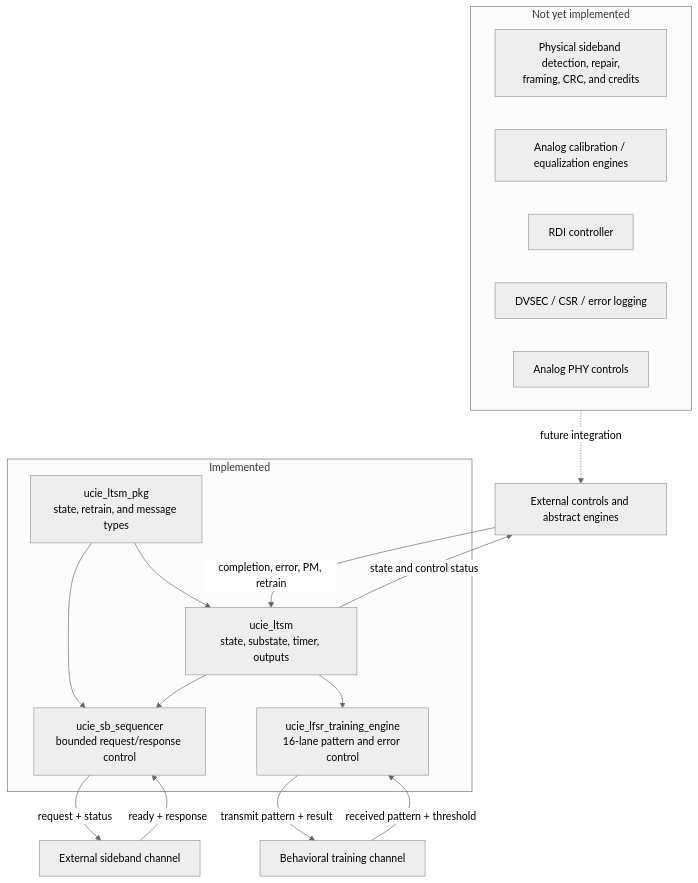
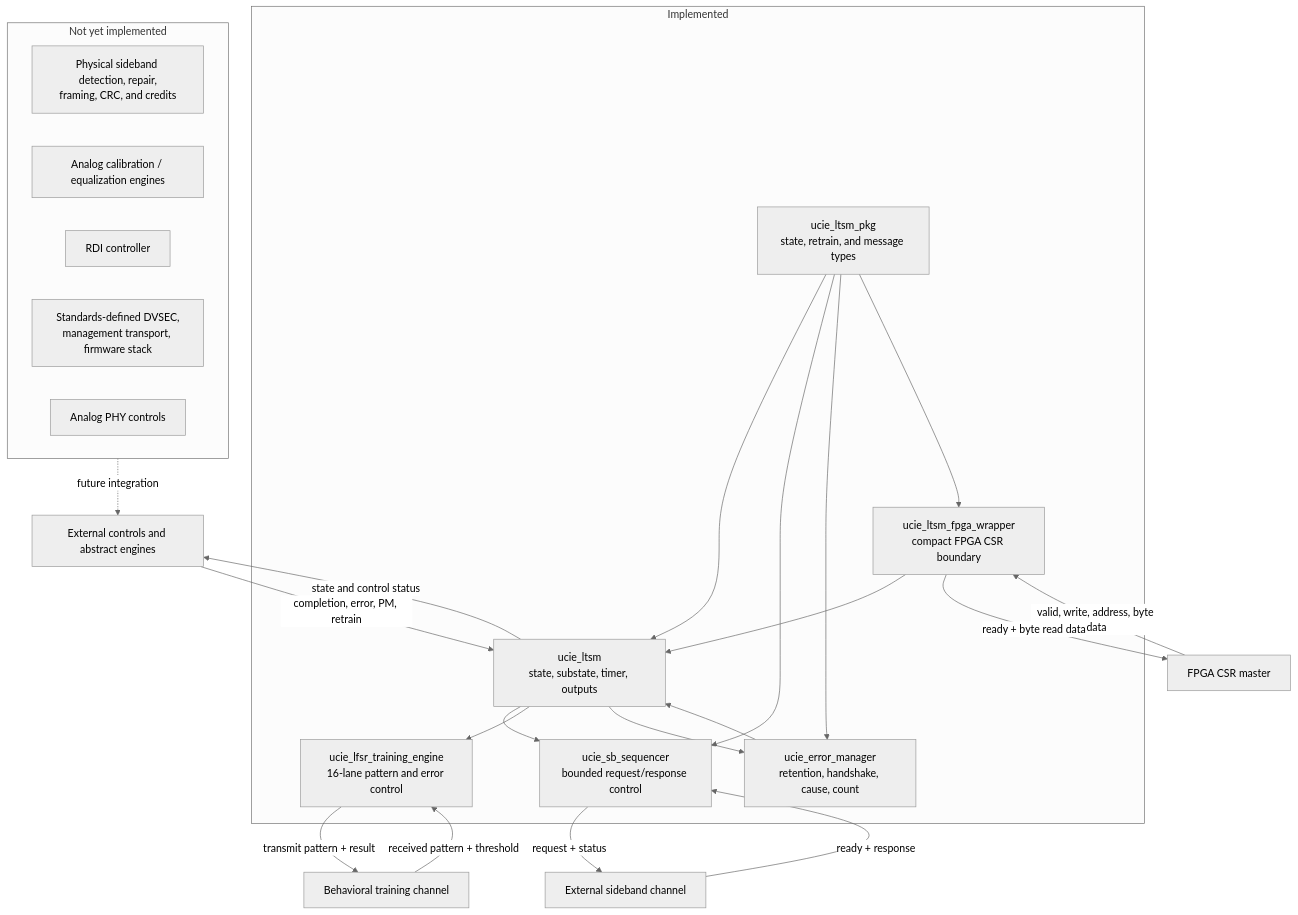
One commit to Varadain/ucie-ltsm changed the diagram in docs/01_ucie_architecture/README.md. Above: the diagram before and after it, drawn with Mermaid (neutral theme). The commit also changed other lines of this file and 38 other files, not shown here.

````diff
--- a/docs/01_ucie_architecture/README.md
+++ b/docs/01_ucie_architecture/README.md
@@ -11,30 +11,39 @@
 ```mermaid
 flowchart TB
     subgraph Implemented
         PKG[ucie_ltsm_pkg<br/>state, retrain, and message types]
         FSM[ucie_ltsm<br/>state, substate, timer, outputs]
         SEQ[ucie_sb_sequencer<br/>bounded request/response control]
         TRAIN[ucie_lfsr_training_engine<br/>16-lane pattern and error control]
+        ERR[ucie_error_manager<br/>retention, handshake, cause, count]
+        WRAP[ucie_ltsm_fpga_wrapper<br/>compact FPGA CSR boundary]
         PKG --> FSM
         PKG --> SEQ
+        PKG --> ERR
         FSM --> SEQ
         FSM --> TRAIN
+        FSM --> ERR
+        ERR --> FSM
+        WRAP --> FSM
+        PKG --> WRAP
     end
 
     ENV[External controls and abstract engines] -->|completion, error, PM, retrain| FSM
     FSM -->|state and control status| ENV
     CHANNEL[External sideband channel] -->|ready + response| SEQ
     SEQ -->|request + status| CHANNEL
     TCHANNEL[Behavioral training channel] -->|received pattern + threshold| TRAIN
     TRAIN -->|transmit pattern + result| TCHANNEL
+    HOST[FPGA CSR master] -->|valid, write, address, byte data| WRAP
+    WRAP -->|ready + byte read data| HOST
 
     subgraph Not_yet_implemented[Not yet implemented]
         SB[Physical sideband detection, repair,<br/>framing, CRC, and credits]
         CAL[Analog calibration / equalization engines]
         RDI[RDI controller]
-        CSR[DVSEC / CSR / error logging]
+        CSR[Standards-defined DVSEC,<br/>management transport, firmware stack]
         APHY[Analog PHY controls]
     end
 
     Not_yet_implemented -. future integration .-> ENV
 ```
````
